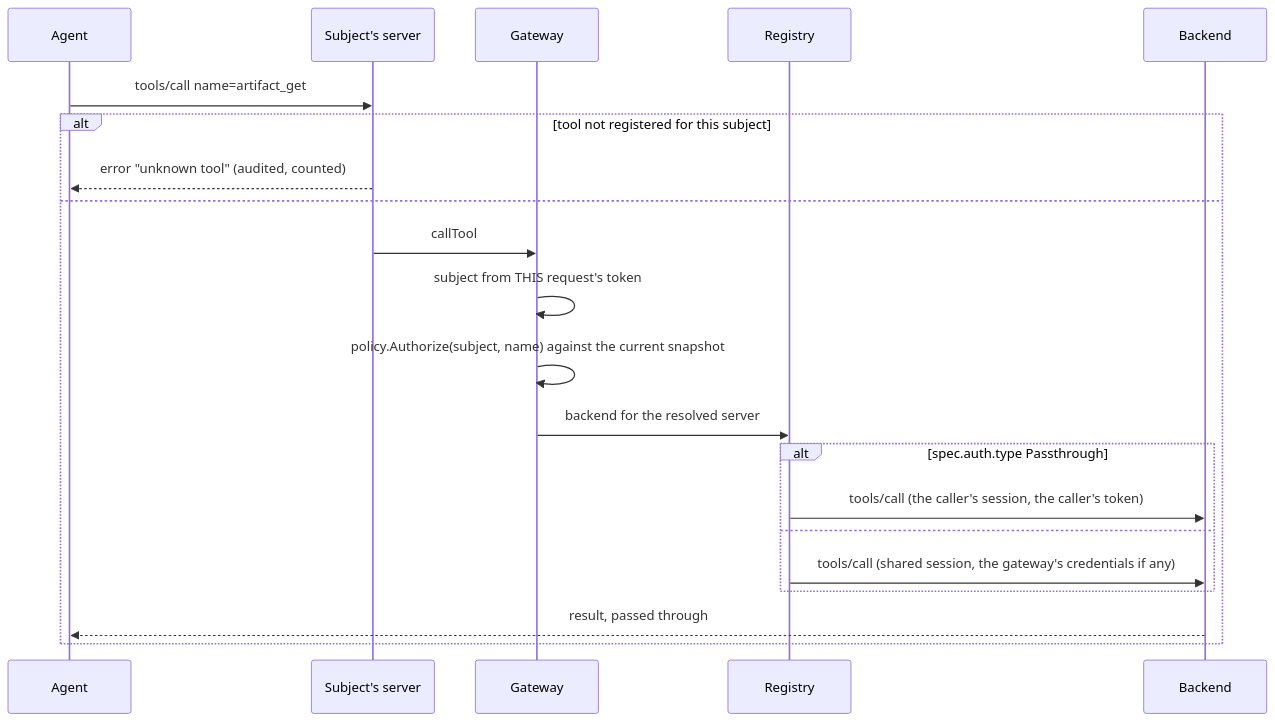
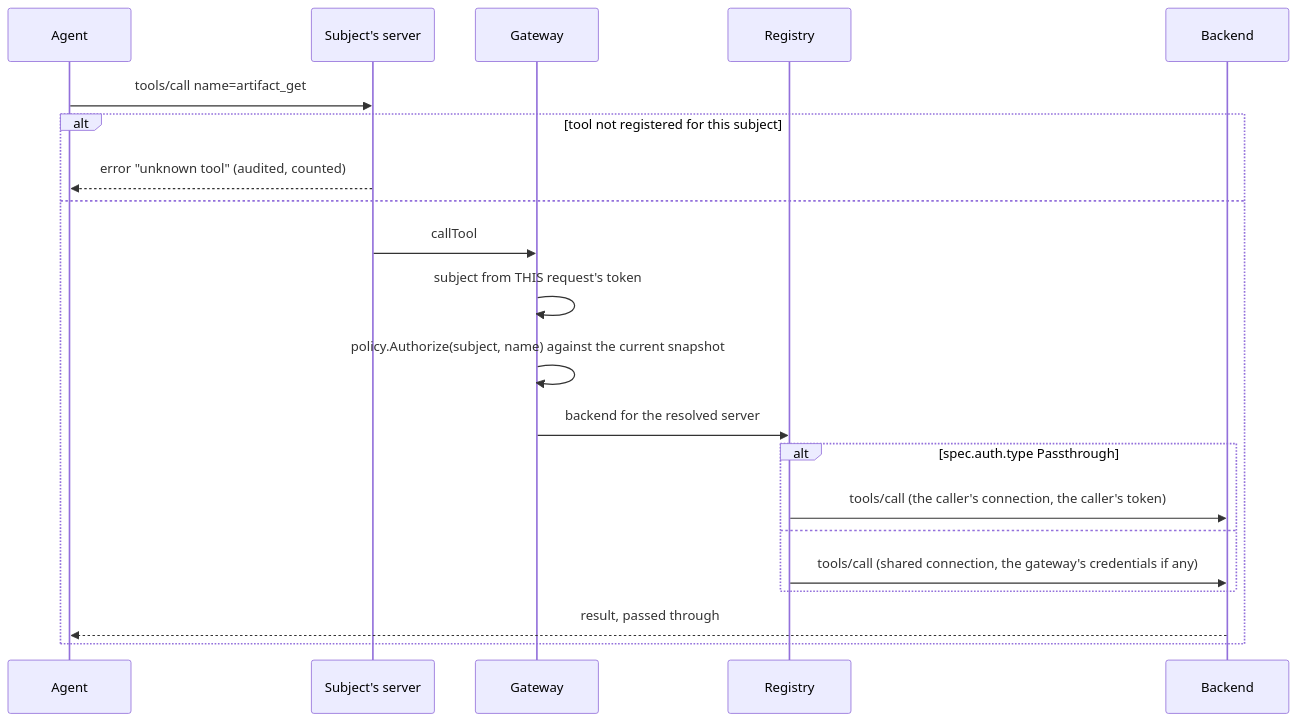
Before and after one commit to metapatrol/mcp-gateway: the third of 4 diagrams in docs/architecture.md, drawn with Mermaid. The commit also changed other lines of this file and 16 other files, not shown here.

````diff
--- a/docs/architecture.md
+++ b/docs/architecture.md
@@ -173,24 +174,24 @@
 ```mermaid
 sequenceDiagram
     participant Agent
     participant S as Subject's server
     participant G as Gateway
     participant R as Registry
     participant B as Backend
 
     Agent->>S: tools/call name=artifact_get
     alt tool not registered for this subject
         S-->>Agent: error "unknown tool" (audited, counted)
     else
         S->>G: callTool
         G->>G: subject from THIS request's token
         G->>G: policy.Authorize(subject, name) against the current snapshot
         G->>R: backend for the resolved server
         alt spec.auth.type Passthrough
-            R->>B: tools/call (the caller's session, the caller's token)
+            R->>B: tools/call (the caller's connection, the caller's token)
         else
-            R->>B: tools/call (shared session, the gateway's credentials if any)
+            R->>B: tools/call (shared connection, the gateway's credentials if any)
         end
         B-->>Agent: result, passed through
     end
 ```
````
